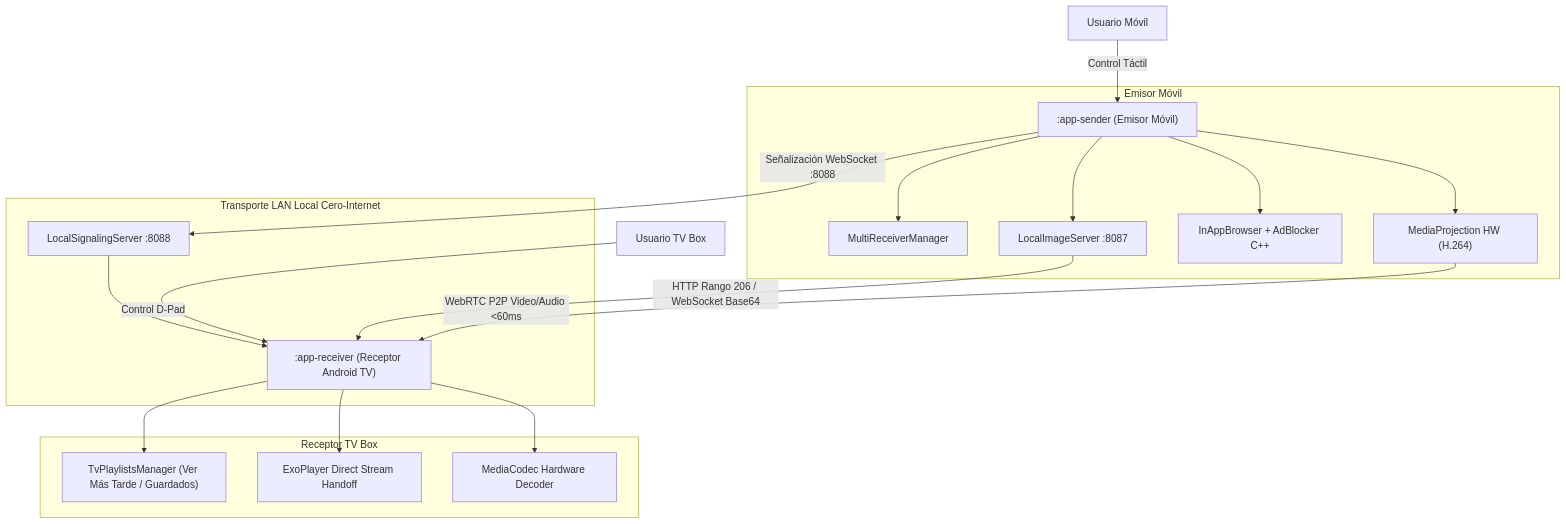
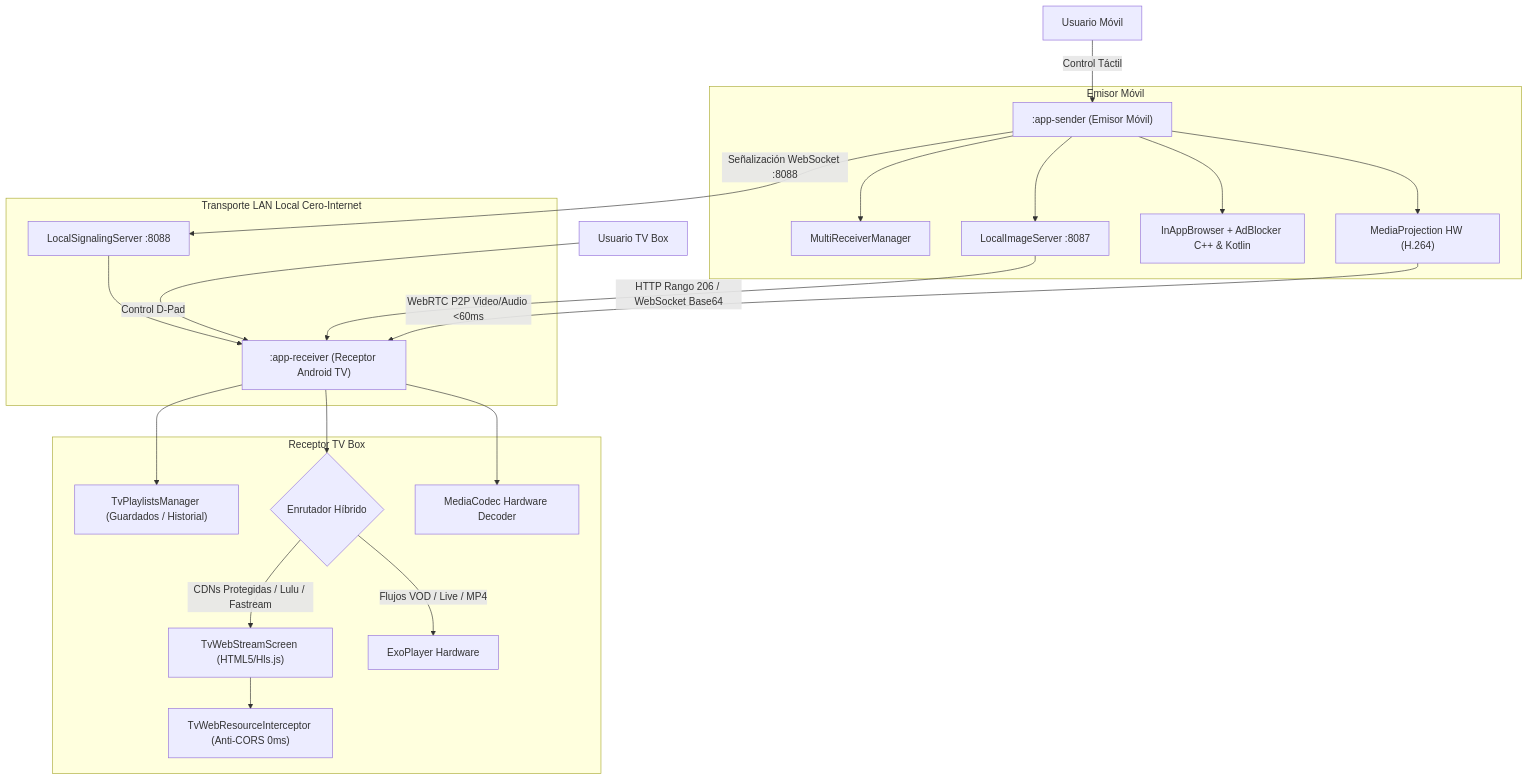
The first of 4 diagrams in doc/ARCHITECTURE.md (satacada/ProyectarAplicacion), drawn with Mermaid before and after one commit. The commit also changed other lines of this file and 7 other files, not shown here.

````diff
--- a/doc/ARCHITECTURE.md
+++ b/doc/ARCHITECTURE.md
@@ -13,25 +23,28 @@
 ```mermaid
 graph TD
     User["Usuario Móvil"] -->|Control Táctil| SenderApp[":app-sender (Emisor Móvil)"]
     TVUser["Usuario TV Box"] -->|Control D-Pad| ReceiverApp[":app-receiver (Receptor Android TV)"]
 
     subgraph Emisor Móvil
         SenderApp --> MediaProj["MediaProjection HW (H.264)"]
-        SenderApp --> WebBrowser["InAppBrowser + AdBlocker C++"]
+        SenderApp --> WebBrowser["InAppBrowser + AdBlocker C++ & Kotlin"]
         SenderApp --> PhotoServer["LocalImageServer :8087"]
         SenderApp --> MultiCastMgr["MultiReceiverManager"]
     end
 
     subgraph Transporte LAN Local Cero-Internet
         MediaProj -->|WebRTC P2P Video/Audio <60ms| ReceiverApp
         PhotoServer -->|HTTP Rango 206 / WebSocket Base64| ReceiverApp
         SenderApp -->|Señalización WebSocket :8088| LocalSigServer["LocalSignalingServer :8088"]
     end
 
     subgraph Receptor TV Box
         LocalSigServer --> ReceiverApp
         ReceiverApp --> HWDecoder["MediaCodec Hardware Decoder"]
-        ReceiverApp --> ExoPlayerTV["ExoPlayer Direct Stream Handoff"]
-        ReceiverApp --> TVPlaylists["TvPlaylistsManager (Ver Más Tarde / Guardados)"]
+        ReceiverApp --> DualPlayer{"Enrutador Híbrido"}
+        DualPlayer -->|Flujos VOD / Live / MP4| ExoPlayerTV["ExoPlayer Hardware"]
+        DualPlayer -->|CDNs Protegidas / Lulu / Fastream| TvWebStream["TvWebStreamScreen (HTML5/Hls.js)"]
+        TvWebStream --> AntiCors["TvWebResourceInterceptor (Anti-CORS 0ms)"]
+        ReceiverApp --> TVPlaylists["TvPlaylistsManager (Guardados / Historial)"]
     end
 ```
````
